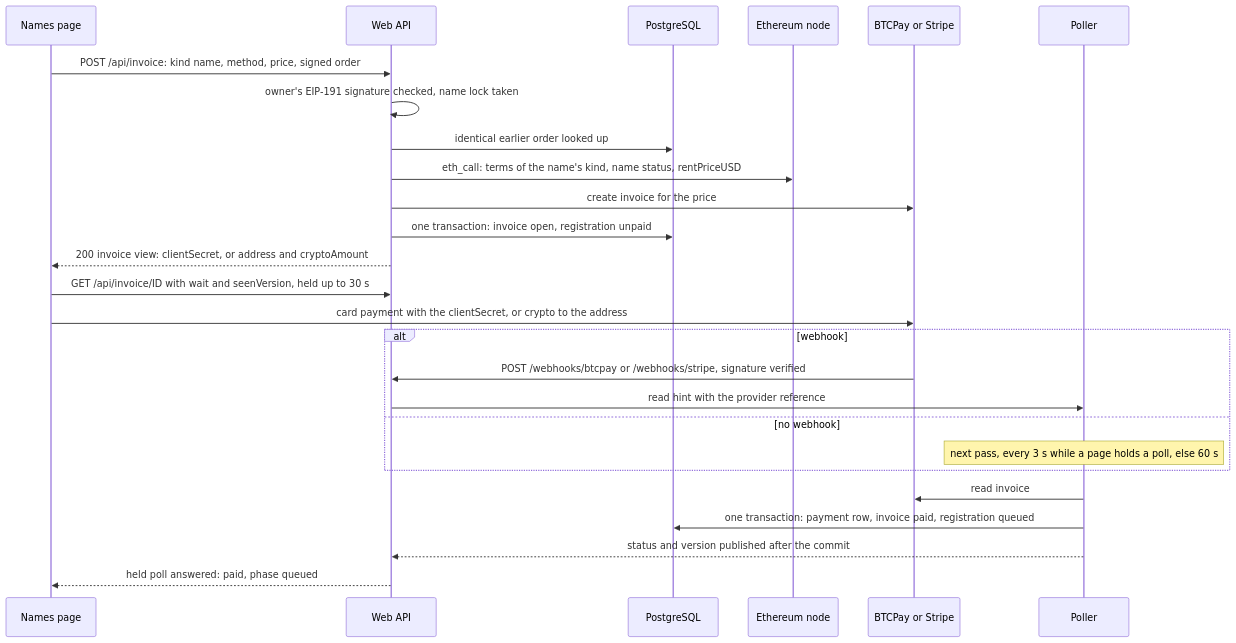
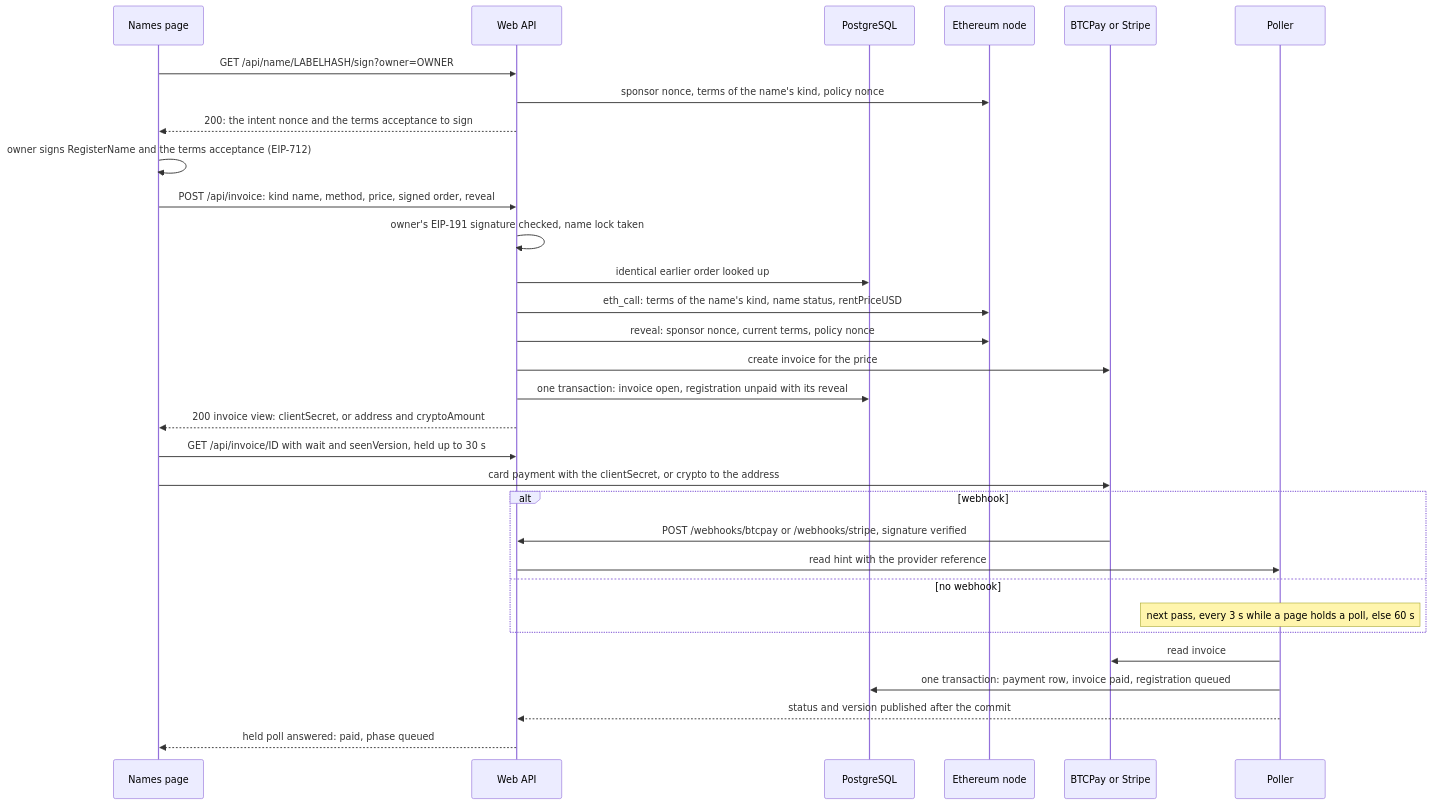
One commit to simplex-chat/simplex-chat changed the second of 14 diagrams in apps/simplex-store-service/docs/names.md. Above: the diagram before and after it, drawn with Mermaid. The commit also changed other lines of this file and 27 other files, not shown here.

First line of the commit message:
store: an order includes the owner's signed registration, checked before the invoice, and the service registers the paid name with no page open

````diff
--- a/apps/simplex-store-service/docs/names.md
+++ b/apps/simplex-store-service/docs/names.md
@@ -157,28 +157,33 @@
 ```mermaid
 sequenceDiagram
   participant P as Names page
   participant W as Web API
   participant D as PostgreSQL
   participant E as Ethereum node
   participant V as BTCPay or Stripe
   participant L as Poller
-  P->>W: POST /api/invoice: kind name, method, price, signed order
+  P->>W: GET /api/name/LABELHASH/sign?owner=OWNER
+  W->>E: sponsor nonce, terms of the name's kind, policy nonce
+  W-->>P: 200: the intent nonce and the terms acceptance to sign
+  P->>P: owner signs RegisterName and the terms acceptance (EIP-712)
+  P->>W: POST /api/invoice: kind name, method, price, signed order, reveal
   W->>W: owner's EIP-191 signature checked, name lock taken
   W->>D: identical earlier order looked up
   W->>E: eth_call: terms of the name's kind, name status, rentPriceUSD
+  W->>E: reveal: sponsor nonce, current terms, policy nonce
   W->>V: create invoice for the price
-  W->>D: one transaction: invoice open, registration unpaid
+  W->>D: one transaction: invoice open, registration unpaid with its reveal
   W-->>P: 200 invoice view: clientSecret, or address and cryptoAmount
   P->>W: GET /api/invoice/ID with wait and seenVersion, held up to 30 s
   P->>V: card payment with the clientSecret, or crypto to the address
   alt webhook
     V->>W: POST /webhooks/btcpay or /webhooks/stripe, signature verified
     W->>L: read hint with the provider reference
   else no webhook
     Note over L: next pass, every 3 s while a page holds a poll, else 60 s
   end
   L->>V: read invoice
   L->>D: one transaction: payment row, invoice paid, registration queued
   L-->>W: status and version published after the commit
   W-->>P: held poll answered: paid, phase queued
 ```
````
